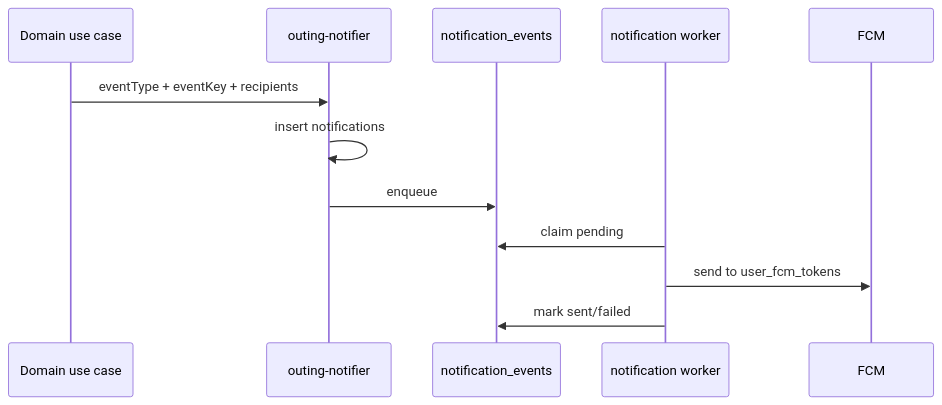
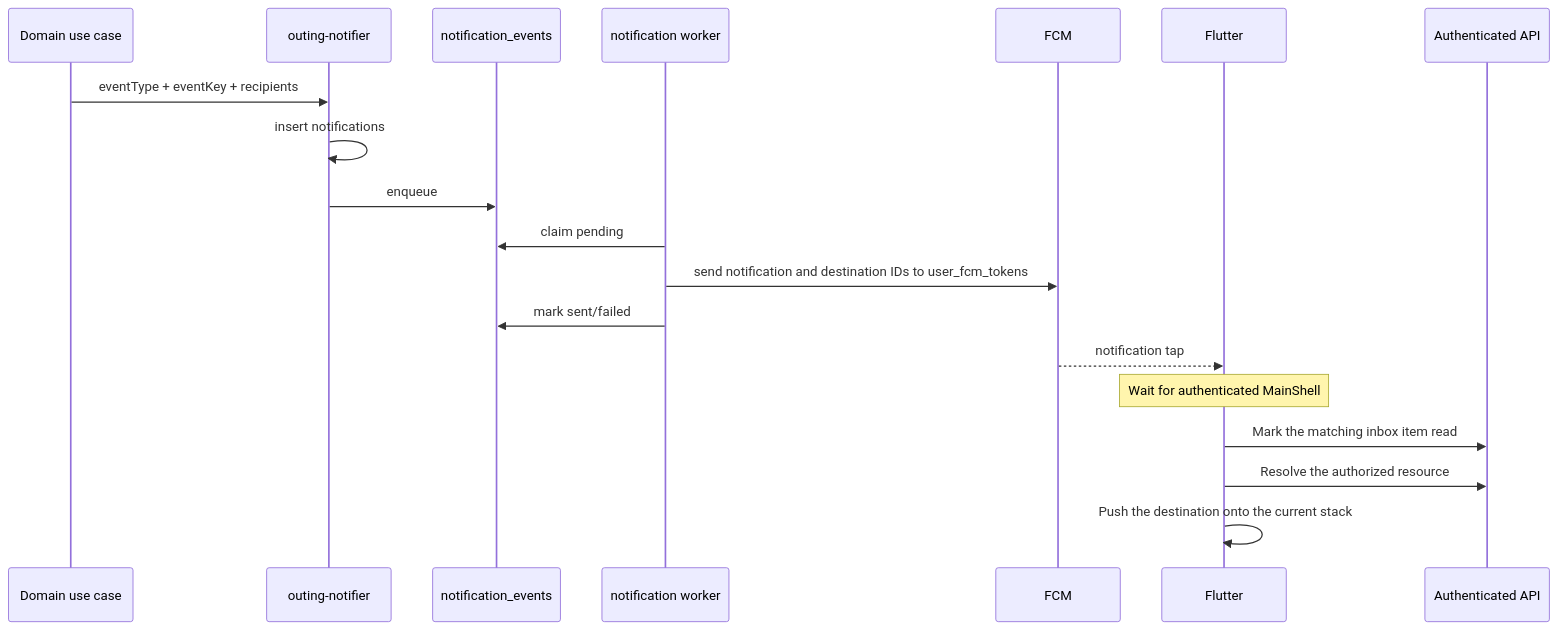
The fifth of 9 diagrams in docs/SYSTEM_DESIGN.md (MohamedMSalah/yalla5roga), drawn with Mermaid before and after one commit. The commit also changed other lines of this file and 349 other files, not shown here.

````diff
--- a/docs/SYSTEM_DESIGN.md
+++ b/docs/SYSTEM_DESIGN.md
@@ -195,15 +209,22 @@
 ```mermaid
 sequenceDiagram
   participant UC as Domain use case
   participant N as outing-notifier
   participant OB as notification_events
   participant W as notification worker
   participant FCM as FCM
+  participant App as Flutter
+  participant API as Authenticated API
 
   UC->>N: eventType + eventKey + recipients
   N->>N: insert notifications
   N->>OB: enqueue
   W->>OB: claim pending
-  W->>FCM: send to user_fcm_tokens
+  W->>FCM: send notification and destination IDs to user_fcm_tokens
   W->>OB: mark sent/failed
+  FCM-->>App: notification tap
+  Note over App: Wait for authenticated MainShell
+  App->>API: Mark the matching inbox item read
+  App->>API: Resolve the authorized resource
+  App->>App: Push the destination onto the current stack
 ```
````
